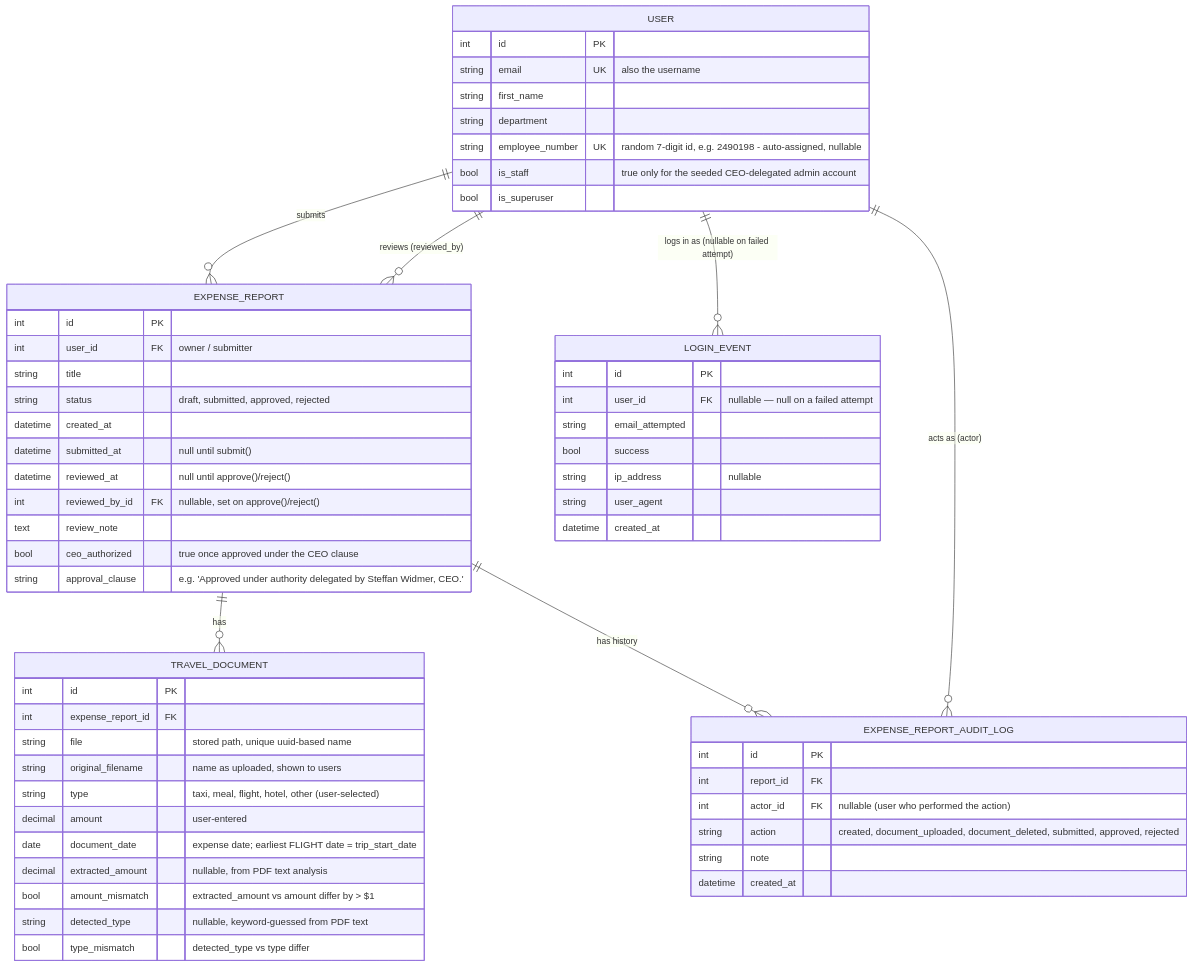
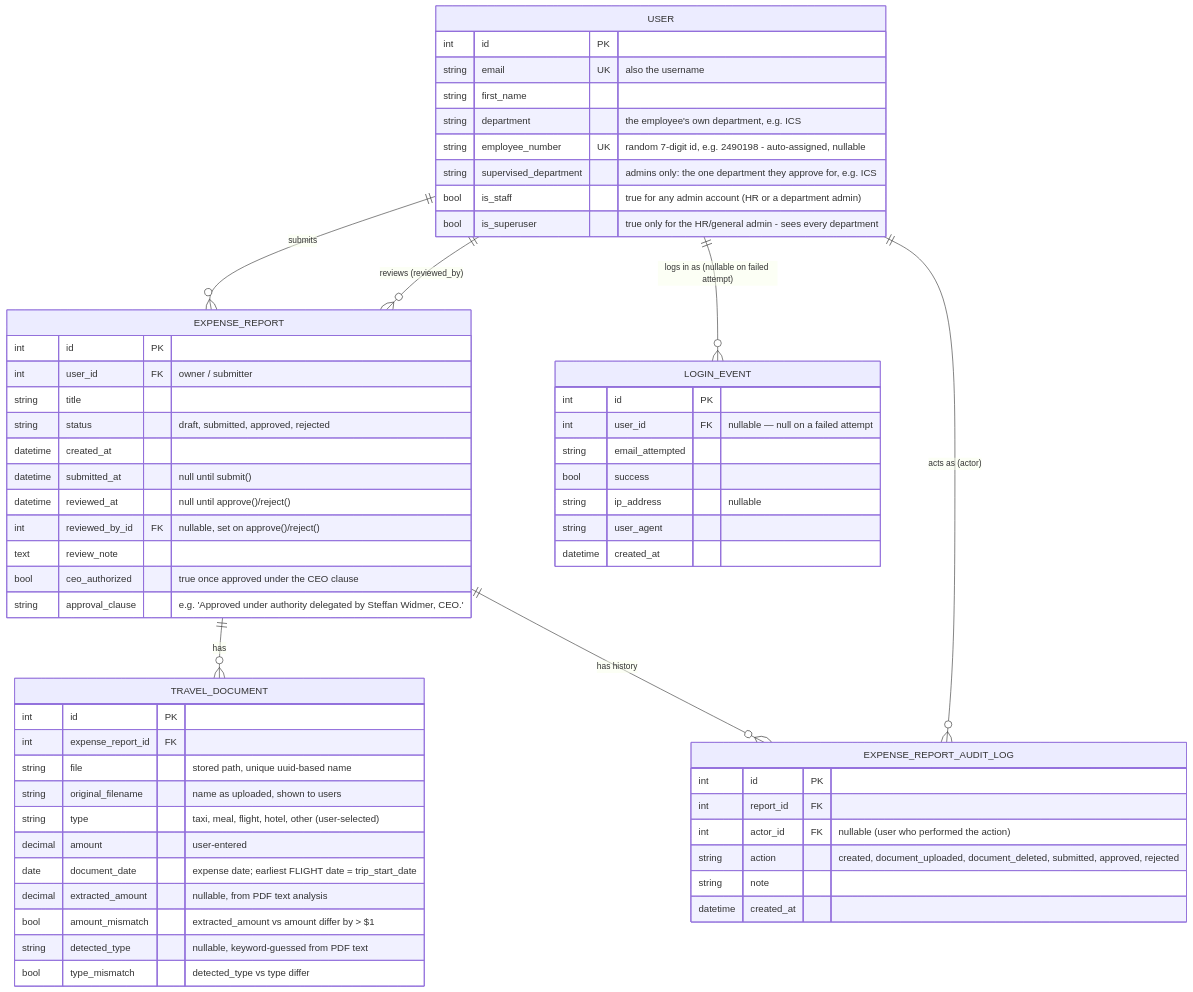
Before and after one commit to axelvalenzuela/Claude-Dev: the diagram in lab2/docs/DATA_MODEL.md, drawn with Mermaid. The commit also changed other lines of this file and 20 other files, not shown here.

````diff
--- a/lab2/docs/DATA_MODEL.md
+++ b/lab2/docs/DATA_MODEL.md
@@ -9,66 +9,67 @@
 ```mermaid
 erDiagram
     USER ||--o{ EXPENSE_REPORT : "submits"
     USER ||--o{ EXPENSE_REPORT : "reviews (reviewed_by)"
     USER ||--o{ LOGIN_EVENT : "logs in as (nullable on failed attempt)"
     USER ||--o{ EXPENSE_REPORT_AUDIT_LOG : "acts as (actor)"
     EXPENSE_REPORT ||--o{ TRAVEL_DOCUMENT : "has"
     EXPENSE_REPORT ||--o{ EXPENSE_REPORT_AUDIT_LOG : "has history"
 
     USER {
         int id PK
         string email UK "also the username"
         string first_name
-        string department
+        string department "the employee's own department, e.g. ICS"
         string employee_number UK "random 7-digit id, e.g. 2490198 - auto-assigned, nullable"
-        bool is_staff "true only for the seeded CEO-delegated admin account"
-        bool is_superuser
+        string supervised_department "admins only: the one department they approve for, e.g. ICS"
+        bool is_staff "true for any admin account (HR or a department admin)"
+        bool is_superuser "true only for the HR/general admin - sees every department"
     }
 
     EXPENSE_REPORT {
         int id PK
         int user_id FK "owner / submitter"
         string title
         string status "draft, submitted, approved, rejected"
         datetime created_at
         datetime submitted_at "null until submit()"
         datetime reviewed_at "null until approve()/reject()"
         int reviewed_by_id FK "nullable, set on approve()/reject()"
         text review_note
         bool ceo_authorized "true once approved under the CEO clause"
         string approval_clause "e.g. 'Approved under authority delegated by Steffan Widmer, CEO.'"
     }
 
     TRAVEL_DOCUMENT {
         int id PK
         int expense_report_id FK
         string file "stored path, unique uuid-based name"
         string original_filename "name as uploaded, shown to users"
         string type "taxi, meal, flight, hotel, other (user-selected)"
         decimal amount "user-entered"
         date document_date "expense date; earliest FLIGHT date = trip_start_date"
         decimal extracted_amount "nullable, from PDF text analysis"
         bool amount_mismatch "extracted_amount vs amount differ by > $1"
         string detected_type "nullable, keyword-guessed from PDF text"
         bool type_mismatch "detected_type vs type differ"
     }
 
     EXPENSE_REPORT_AUDIT_LOG {
         int id PK
         int report_id FK
         int actor_id FK "nullable (user who performed the action)"
         string action "created, document_uploaded, document_deleted, submitted, approved, rejected"
         string note
         datetime created_at
     }
 
     LOGIN_EVENT {
         int id PK
         int user_id FK "nullable — null on a failed attempt"
         string email_attempted
         bool success
         string ip_address "nullable"
         string user_agent
         datetime created_at
     }
 ```
````
